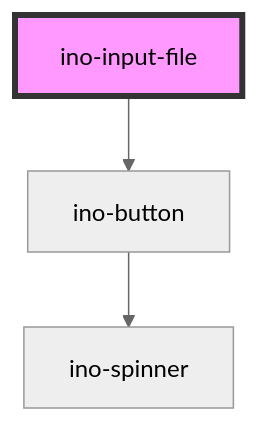
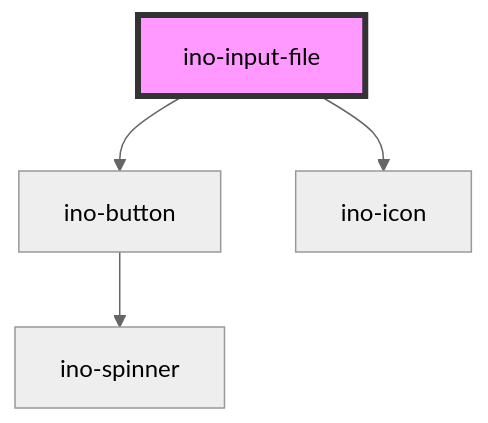
One commit to inovex/elements changed the diagram in packages/elements/src/components/ino-input-file/readme.md. Above: the diagram before and after it, drawn with Mermaid (neutral theme). The commit also changed other lines of this file and 2 other files, not shown here.

Commit message:
refactor(elements|ino-input-file): replace icon prop with slotted icon

````diff
--- a/packages/elements/src/components/ino-input-file/readme.md
+++ b/packages/elements/src/components/ino-input-file/readme.md
@@ -104,6 +105,7 @@
 ```mermaid
 graph TD;
   ino-input-file --> ino-button
+  ino-input-file --> ino-icon
   ino-button --> ino-spinner
   style ino-input-file fill:#f9f,stroke:#333,stroke-width:4px
 ```
````
